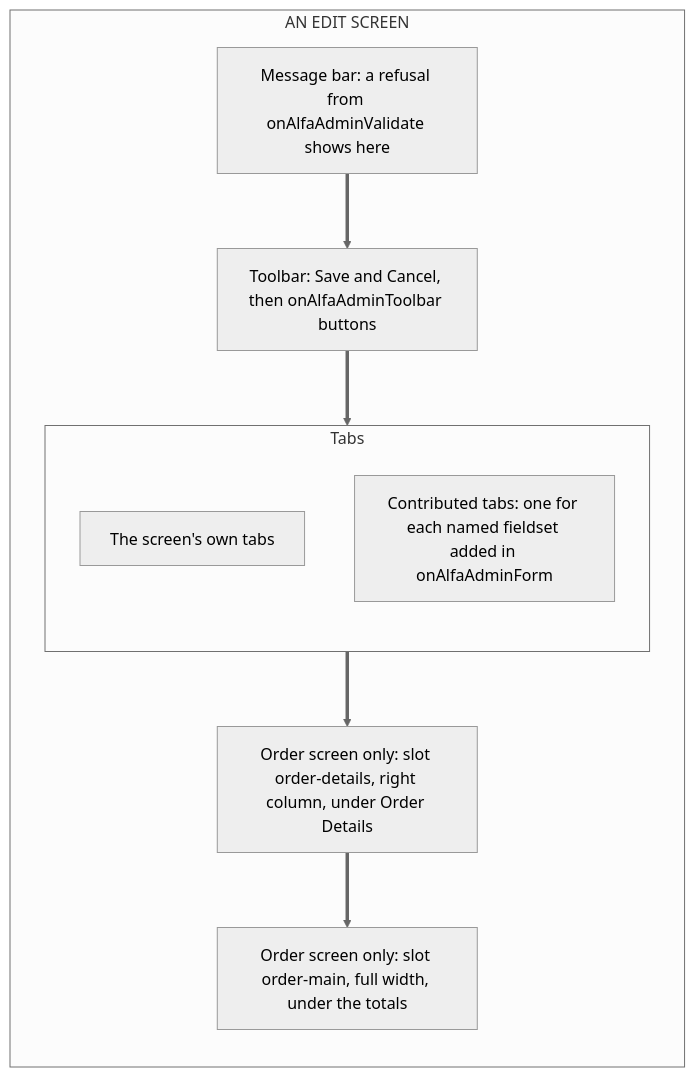
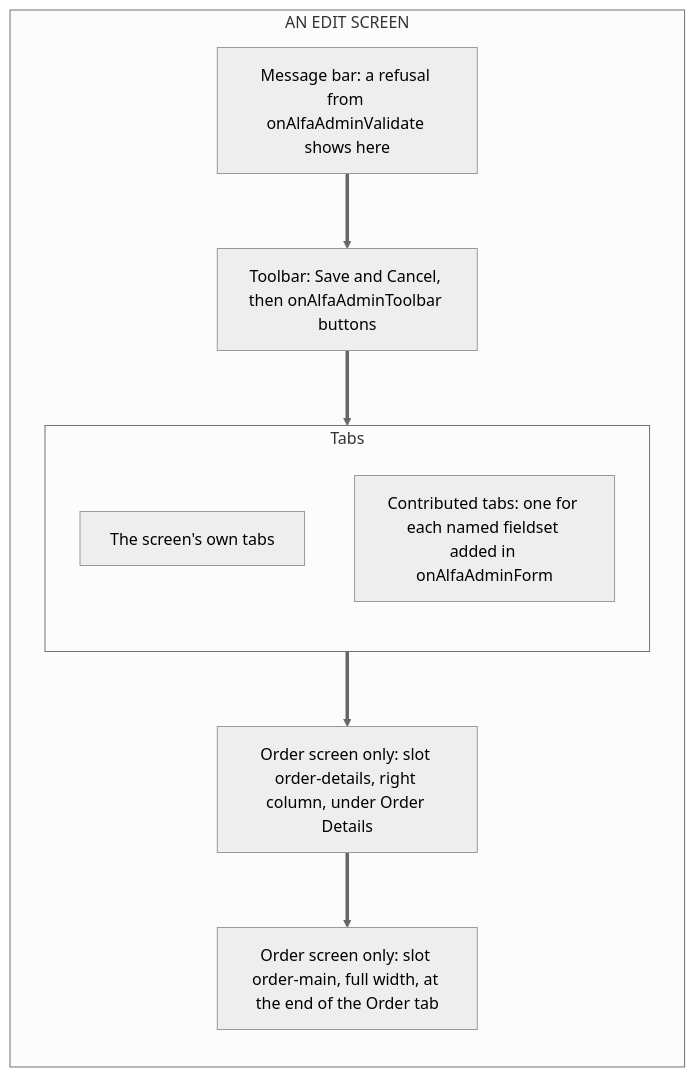
One commit to Easylogic-CO-LP/Alfa-Commerce-Manual changed the fifth of 6 diagrams in docs/plugins/admin-screen-plugins.md. Above: the diagram before and after it, drawn with Mermaid (neutral theme). The commit also changed other lines of this file and 2 other files, not shown here.

Commit message:
The order builder on one page: its sections, a plugin's section at the end, where a form's reply lands, the language order and the layouts a template overrides; the order screen's order-main slot at the end of the Order tab

````diff
--- a/docs/plugins/admin-screen-plugins.md
+++ b/docs/plugins/admin-screen-plugins.md
@@ -380,17 +380,17 @@
 ```mermaid
 flowchart TB
     subgraph E["AN EDIT SCREEN"]
         direction TB
         M["Message bar: a refusal from onAlfaAdminValidate shows here"]
         TB2["Toolbar: Save and Cancel, then onAlfaAdminToolbar buttons"]
         subgraph TABS["Tabs"]
             direction TB
             CT["The screen's own tabs"]
             PT["Contributed tabs: one for each named fieldset added in onAlfaAdminForm"]
         end
         S1["Order screen only: slot order-details, right column, under Order Details"]
-        S2["Order screen only: slot order-main, full width, under the totals"]
+        S2["Order screen only: slot order-main, full width, at the end of the Order tab"]
         M ==> TB2 ==> TABS
         TABS ==> S1 ==> S2
     end
 ```
````
